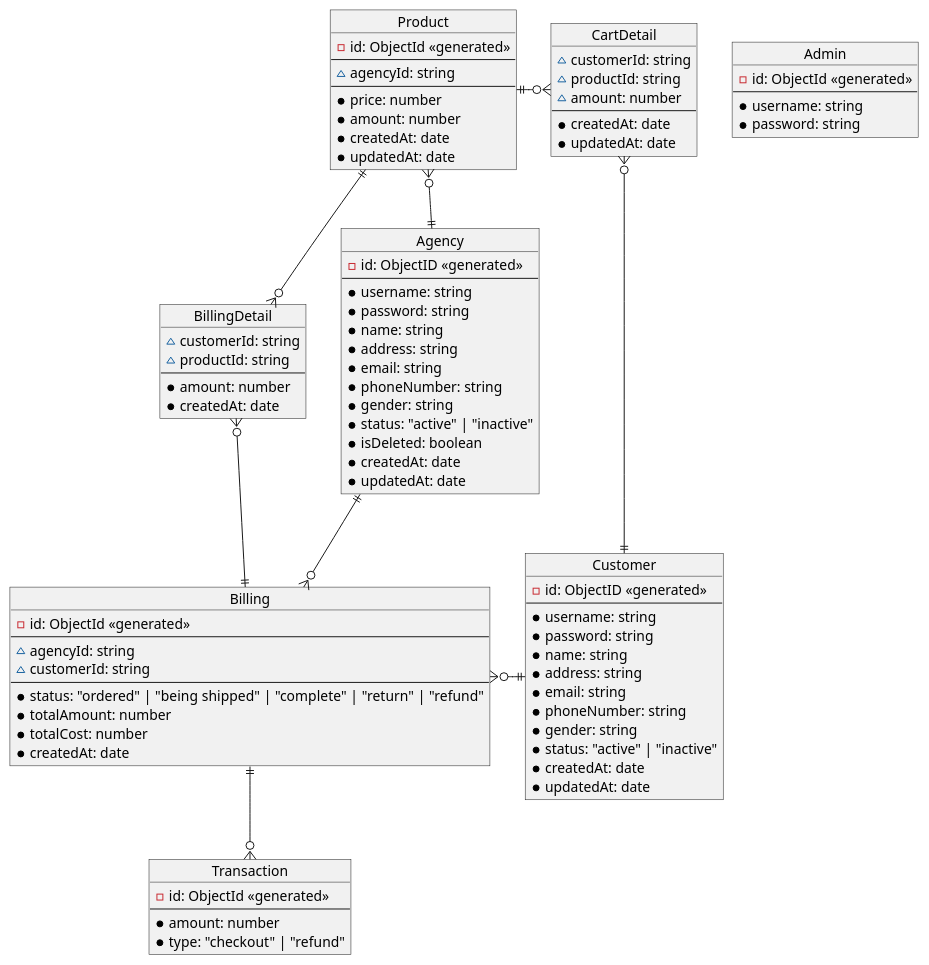
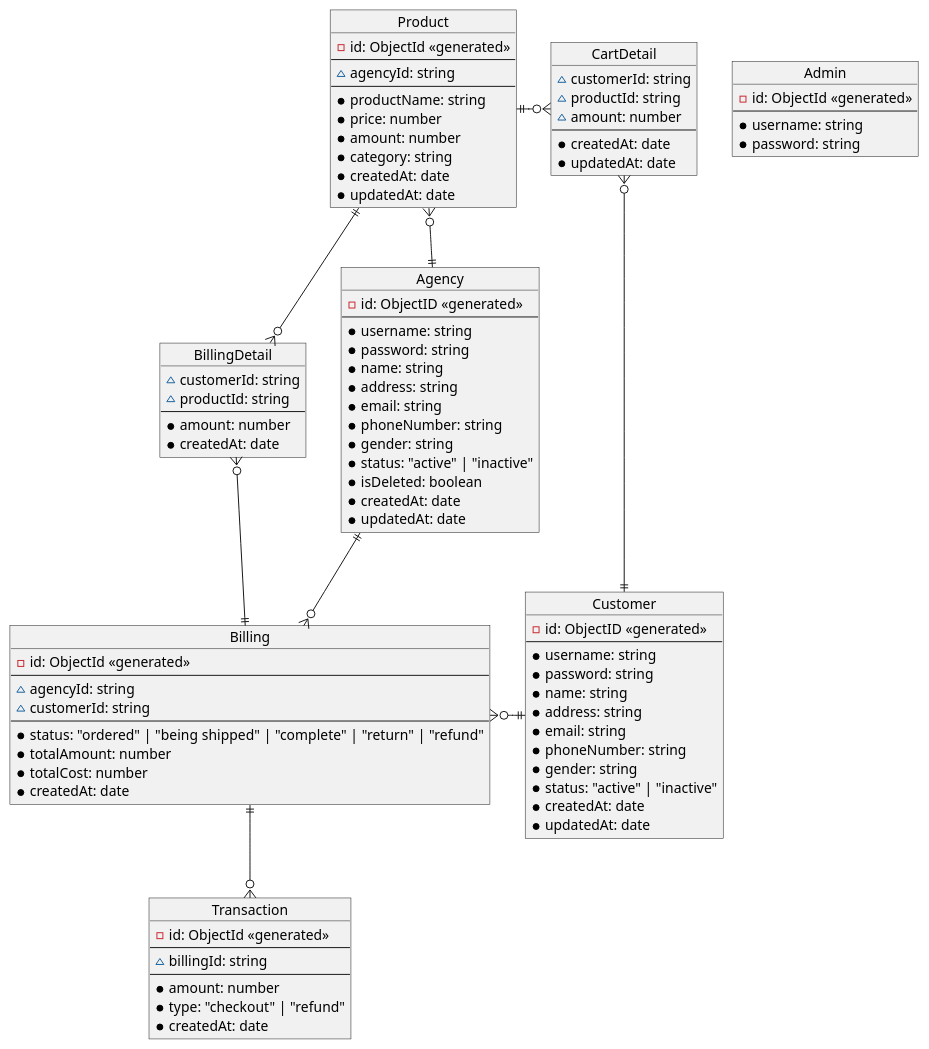
Before and after one commit to felixnguyen678/udt-backend-test: the diagram in UML/ERD.plantuml, drawn with PlantUML. The commit also changed 50 other files, not shown here.

Commit message:
Section 2 | setup API for features at UML

```diff
--- a/UML/ERD.plantuml
+++ b/UML/ERD.plantuml
@@ -1,101 +1,106 @@
 @startuml ERD
 
 object Customer {
   -id: ObjectID <<generated>>
   --
   *username: string
   *password: string
   *name: string
   *address: string
   *email: string
   *phoneNumber: string
   *gender: string
   *status: "active" | "inactive"
   *createdAt: date
   *updatedAt: date
 }
 
 object CartDetail {
   ~customerId: string
   ~productId: string
   ~amount: number
   --
   *createdAt: date
   *updatedAt: date
 }
 
 object Agency {
   -id: ObjectID <<generated>>
   --
   *username: string
   *password: string
   *name: string
   *address: string
   *email: string
   *phoneNumber: string
   *gender: string
   *status: "active" | "inactive"
   *isDeleted: boolean
   *createdAt: date
   *updatedAt: date
 }
 
 object Product {
   -id: ObjectId <<generated>>
   --
   ~agencyId: string
   --
+  *productName: string
   *price: number
   *amount: number
+  *category: string
   *createdAt: date
   *updatedAt: date
 }
 
 object Billing{
   -id: ObjectId <<generated>>
   --
   ~agencyId: string
   ~customerId: string
   --
   *status: "ordered" | "being shipped" | "complete" | "return" | "refund"
   *totalAmount: number
   *totalCost: number
   *createdAt: date
 }
 object BillingDetail {
   ~customerId: string
   ~productId: string
   --
   *amount: number
   *createdAt: date
 }
 object Transaction {
   -id: ObjectId <<generated>>
   --
+  ~billingId: string
+  --
   *amount: number
   *type: "checkout" | "refund"
+  *createdAt: date
 }
 
 
 object Admin {
   -id: ObjectId <<generated>>
   --
   *username: string
   *password: string
 }
 
 
 Agency ||-right-o{ Billing
 Agency ||-up-o{ Product
 Billing }o-right-|| Customer
 
 Product ||-right-o{ CartDetail
 CartDetail }o-down-|| Customer
 
 Product ||-down-o{ BillingDetail
 
 Billing ||-up-o{ BillingDetail
 Billing ||-down-o{ Transaction
 
 
 @enduml
```
